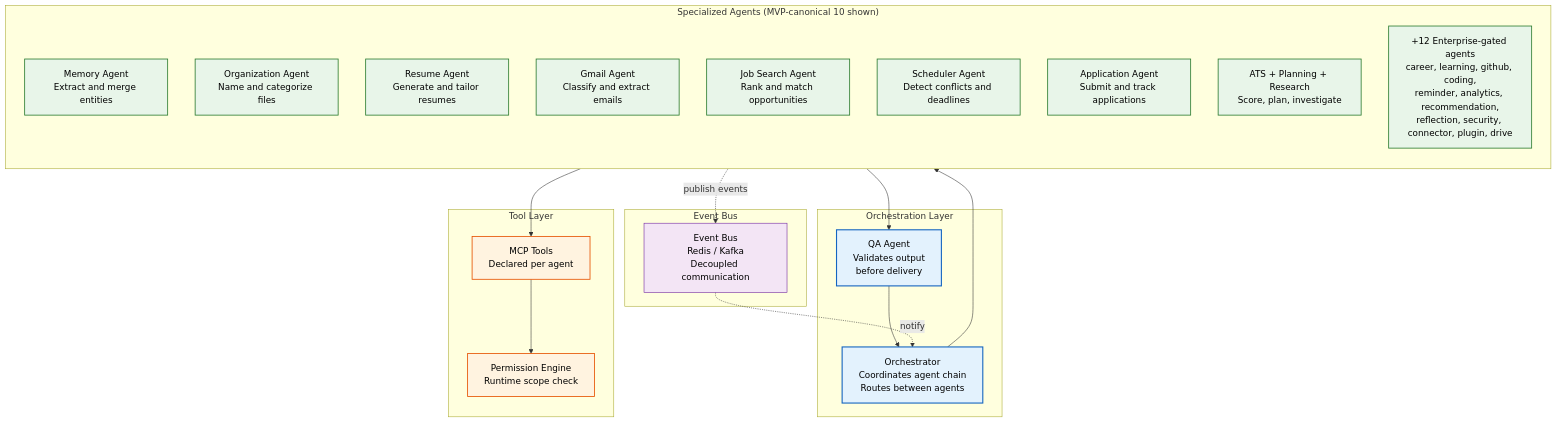
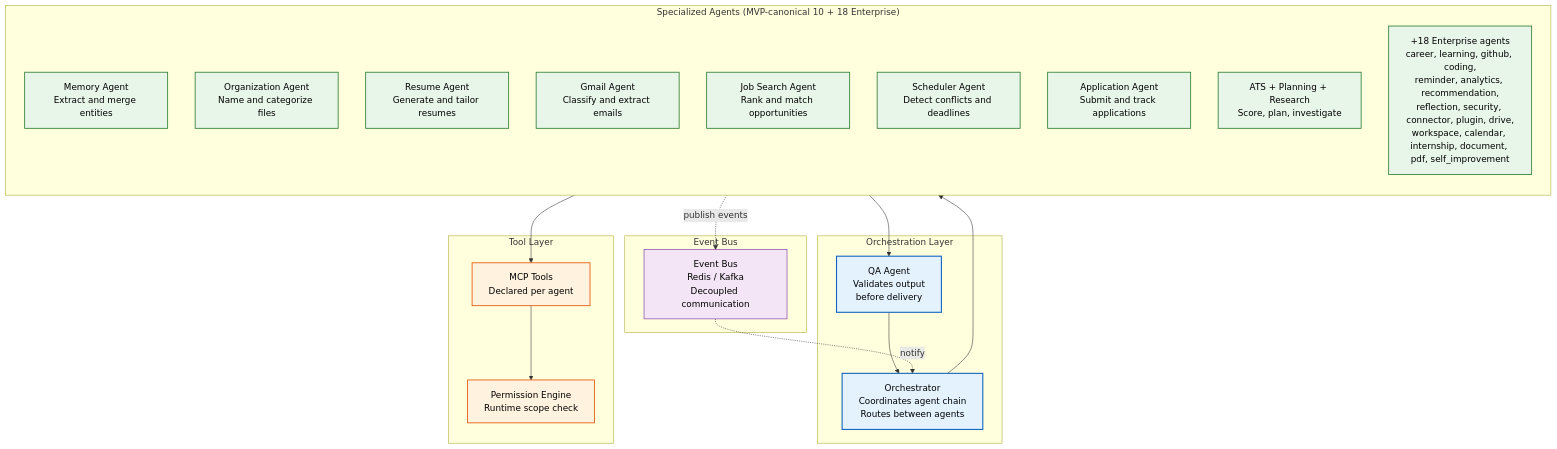
Before and after one commit to Driftloom/Vaeloom: the first of 2 diagrams in docs/ai/AI-Agents.md, drawn with Mermaid. The commit also changed other lines of this file and 20 other files, not shown here.

Commit message:
feat(agents): complete enterprise 28 ai agent roster and routing integration

````diff
--- a/docs/ai/AI-Agents.md
+++ b/docs/ai/AI-Agents.md
@@ -32,48 +31,48 @@
 ```mermaid
 graph TD
  classDef orchestrator fill:#e3f2fd,stroke:#1565c0,color:#000,stroke-width:2px
  classDef agent fill:#e8f5e9,stroke:#2e7d32,color:#000,stroke-width:1.5px
  classDef infra fill:#fff3e0,stroke:#e65100,color:#000,stroke-width:1.5px
  classDef event fill:#f3e5f5,stroke:#6a1b9a,color:#000,stroke-width:1px
 
  subgraph Orchestration["Orchestration Layer"]
  ORCH["Orchestrator<br/>Coordinates agent chain<br/>Routes between agents"]
  QA["QA Agent<br/>Validates output<br/>before delivery"]
  end
 
-  subgraph Agents["Specialized Agents (MVP-canonical 10 shown)"]
+  subgraph Agents["Specialized Agents (MVP-canonical 10 + 18 Enterprise)"]
   direction TB
   A1["Memory Agent<br/>Extract and merge entities"]
   A2["Organization Agent<br/>Name and categorize files"]
   A3["Resume Agent<br/>Generate and tailor resumes"]
   A4["Gmail Agent<br/>Classify and extract emails"]
   A5["Job Search Agent<br/>Rank and match opportunities"]
   A6["Scheduler Agent<br/>Detect conflicts and deadlines"]
   A7["Application Agent<br/>Submit and track applications"]
   A8["ATS + Planning + Research<br/>Score, plan, investigate"]
-  AX["+12 Enterprise-gated agents<br/>career, learning, github, coding,<br/>reminder, analytics, recommendation,<br/>reflection, security, connector, plugin, drive"]
+  AX["+18 Enterprise agents<br/>career, learning, github, coding,<br/>reminder, analytics, recommendation,<br/>reflection, security, connector, plugin, drive,<br/>workspace, calendar, internship, document, pdf, self_improvement"]
   end
 
  subgraph Tools["Tool Layer"]
  MCP["MCP Tools<br/>Declared per agent"]
  PERM["Permission Engine<br/>Runtime scope check"]
  end
 
  subgraph Events["Event Bus"]
  EB["Event Bus<br/>Redis / Kafka\nDecoupled communication"]
  end
 
  ORCH--> Agents
  Agents--> QA
  QA--> ORCH
  Agents--> MCP
  MCP--> PERM
  Agents -.->|publish events| EB
  EB -.->|notify| ORCH
 
   class ORCH,QA orchestrator
   class A1,A2,A3,A4,A5,A6,A7,A8,AX agent
  class MCP,PERM infra
  class EB event
 
 ```
````
